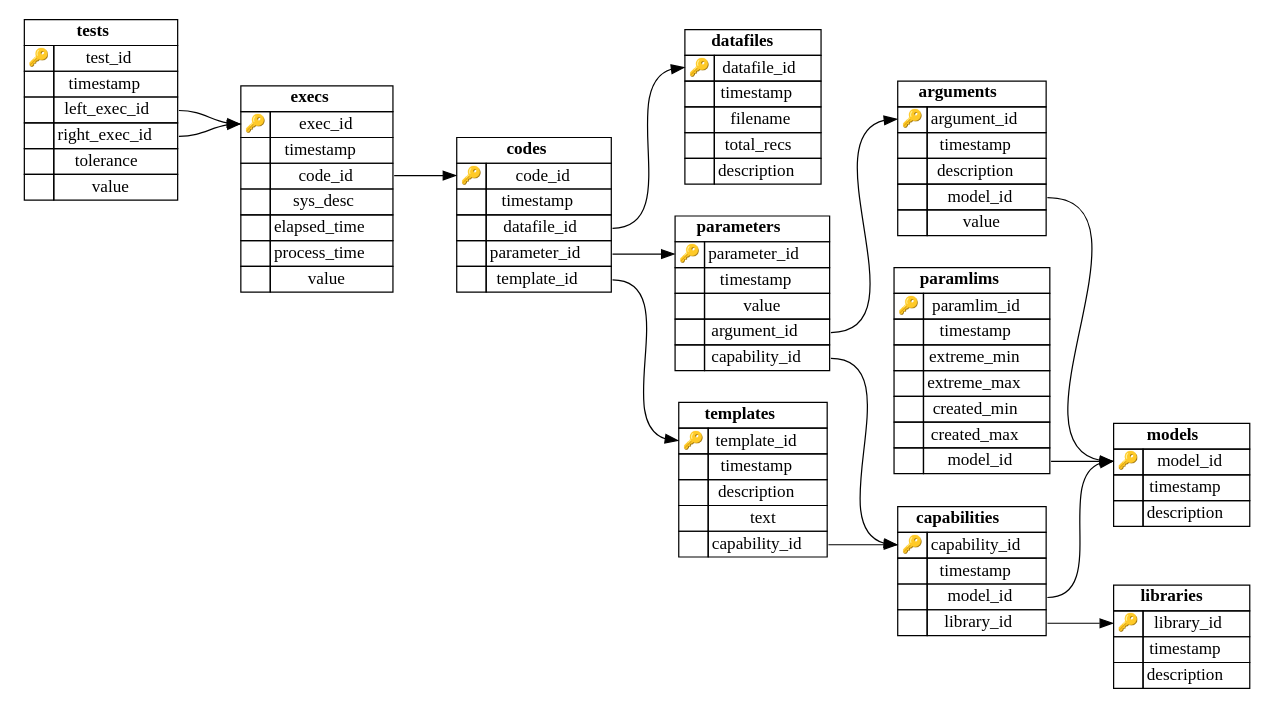
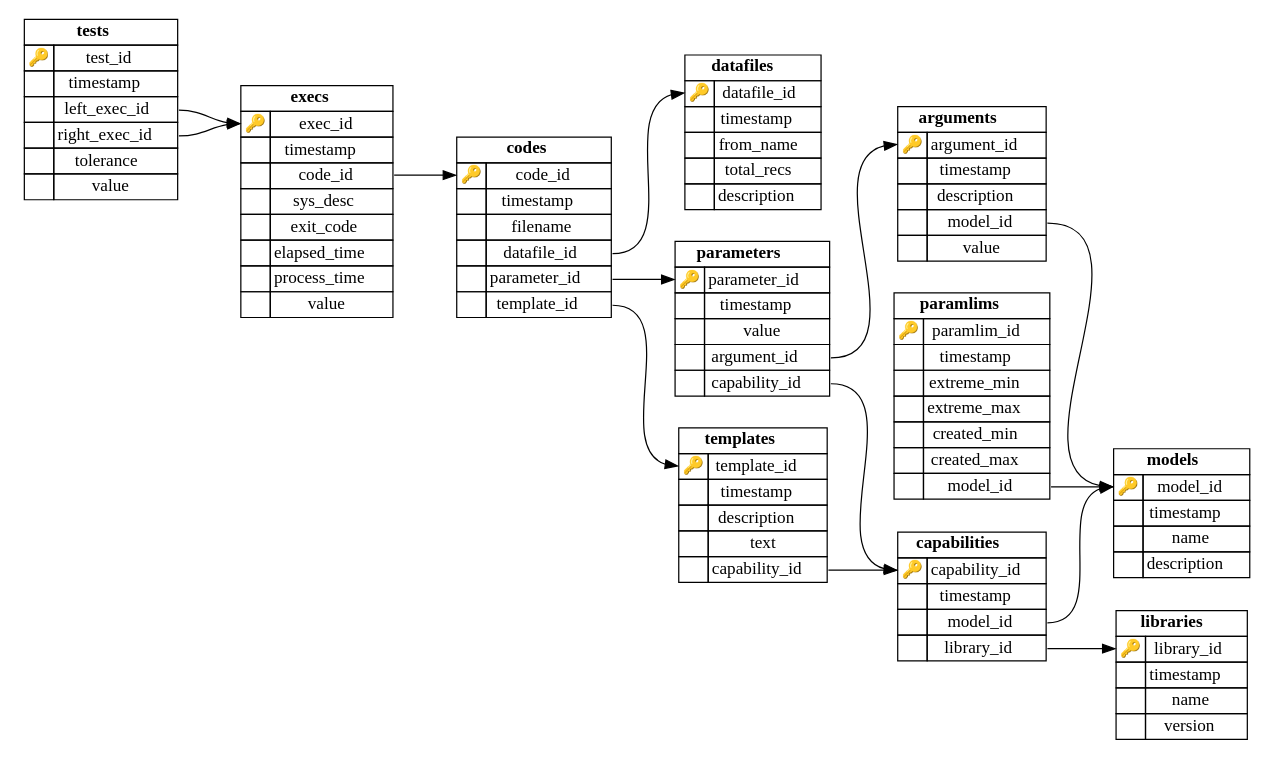
The diagram in doc/img/schema.dot (hgfernan/ctsa), drawn with Graphviz before and after one commit. The commit also changed 6 other files, not shown here.

```diff
--- a/doc/img/schema.dot
+++ b/doc/img/schema.dot
@@ -96,6 +96,12 @@
             
 
                 <TR>
+                    <TD PORT="filename_to">&nbsp;</TD>
+                    <TD PORT="filename_from">filename</TD>
+                </TR>
+            
+
+                <TR>
                     <TD PORT="datafile_id_to">&nbsp;</TD>
                     <TD PORT="datafile_id_from">datafile_id</TD>
                 </TR>
@@ -134,8 +140,8 @@
             
 
                 <TR>
-                    <TD PORT="filename_to">&nbsp;</TD>
-                    <TD PORT="filename_from">filename</TD>
+                    <TD PORT="from_name_to">&nbsp;</TD>
+                    <TD PORT="from_name_from">from_name</TD>
                 </TR>
             
 
@@ -184,6 +190,12 @@
             
 
                 <TR>
+                    <TD PORT="exit_code_to">&nbsp;</TD>
+                    <TD PORT="exit_code_from">exit_code</TD>
+                </TR>
+            
+
+                <TR>
                     <TD PORT="elapsed_time_to">&nbsp;</TD>
                     <TD PORT="elapsed_time_from">elapsed_time</TD>
                 </TR>
@@ -222,8 +234,14 @@
             
 
                 <TR>
-                    <TD PORT="description_to">&nbsp;</TD>
-                    <TD PORT="description_from">description</TD>
+                    <TD PORT="name_to">&nbsp;</TD>
+                    <TD PORT="name_from">name</TD>
+                </TR>
+            
+
+                <TR>
+                    <TD PORT="version_to">&nbsp;</TD>
+                    <TD PORT="version_from">version</TD>
                 </TR>
             
             </TABLE>
@@ -244,6 +262,12 @@
                 <TR>
                     <TD PORT="timestamp_to">&nbsp;</TD>
                     <TD PORT="timestamp_from">timestamp</TD>
+                </TR>
+            
+
+                <TR>
+                    <TD PORT="name_to">&nbsp;</TD>
+                    <TD PORT="name_from">name</TD>
                 </TR>
             
 
```
